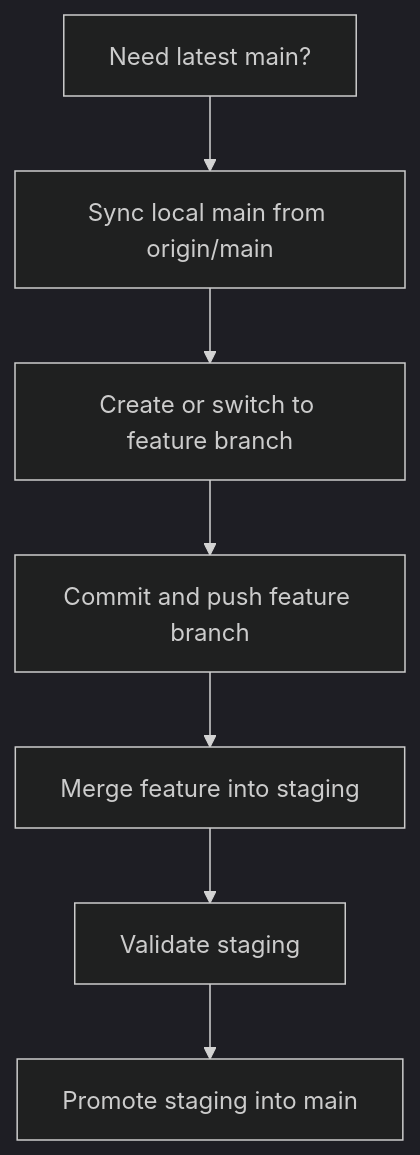
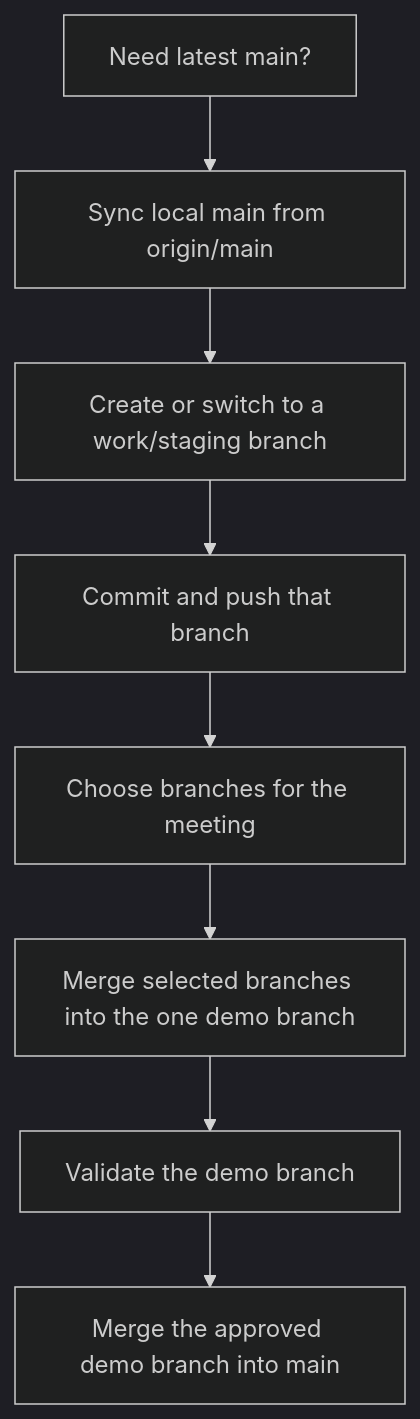
Before and after one commit to swinneyj/soc-plaform: the third of 4 diagrams in docs/GIT_VISUAL_MAP.md, drawn with Mermaid (dark theme). The commit also changed other lines of this file and 1 other file, not shown here.

````diff
--- a/docs/GIT_VISUAL_MAP.md
+++ b/docs/GIT_VISUAL_MAP.md
@@ -54,9 +59,10 @@
 ```mermaid
 flowchart TD
     A[Need latest main?] --> B[Sync local main from origin/main]
-    B --> C[Create or switch to feature branch]
-    C --> D[Commit and push feature branch]
-    D --> E[Merge feature into staging]
-    E --> F[Validate staging]
-    F --> G[Promote staging into main]
+    B --> C[Create or switch to a work/staging branch]
+    C --> D[Commit and push that branch]
+    D --> E[Choose branches for the meeting]
+    E --> F[Merge selected branches into the one demo branch]
+    F --> G[Validate the demo branch]
+    G --> H[Merge the approved demo branch into main]
 ```
````
